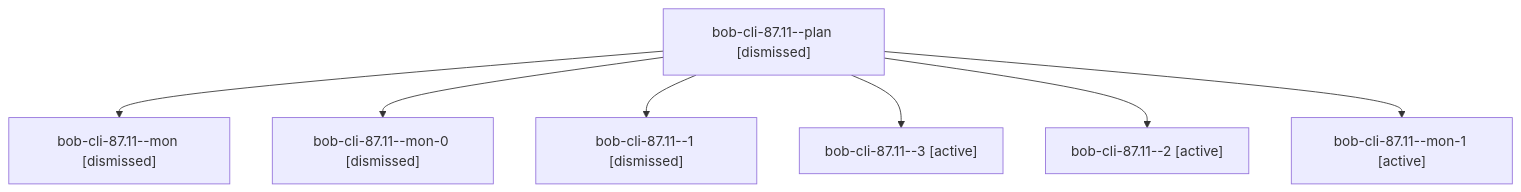
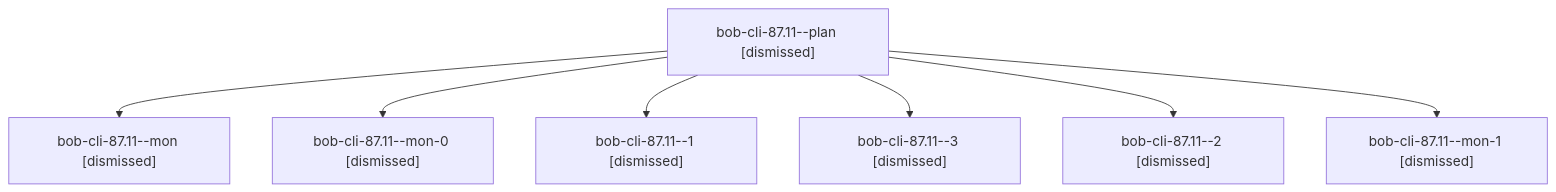
The diagram in sessions/bbugyi200.athena.bob-cli-87.11.md (bobs-org/bob-cli--agents), drawn with Mermaid before and after one commit. The commit also changed other lines of this file and 243 other files, not shown here.

````diff
--- a/sessions/bbugyi200.athena.bob-cli-87.11.md
+++ b/sessions/bbugyi200.athena.bob-cli-87.11.md
@@ -9,16 +9,16 @@
 ```mermaid
 flowchart TD
   n0["bob-cli-87.11--plan [dismissed]"]
   n1["bob-cli-87.11--mon [dismissed]"]
   n0 --> n1
   n2["bob-cli-87.11--mon-0 [dismissed]"]
   n0 --> n2
   n3["bob-cli-87.11--1 [dismissed]"]
   n0 --> n3
-  n4["bob-cli-87.11--3 [active]"]
+  n4["bob-cli-87.11--3 [dismissed]"]
   n0 --> n4
-  n5["bob-cli-87.11--2 [active]"]
+  n5["bob-cli-87.11--2 [dismissed]"]
   n0 --> n5
-  n6["bob-cli-87.11--mon-1 [active]"]
+  n6["bob-cli-87.11--mon-1 [dismissed]"]
   n0 --> n6
 ```
````
